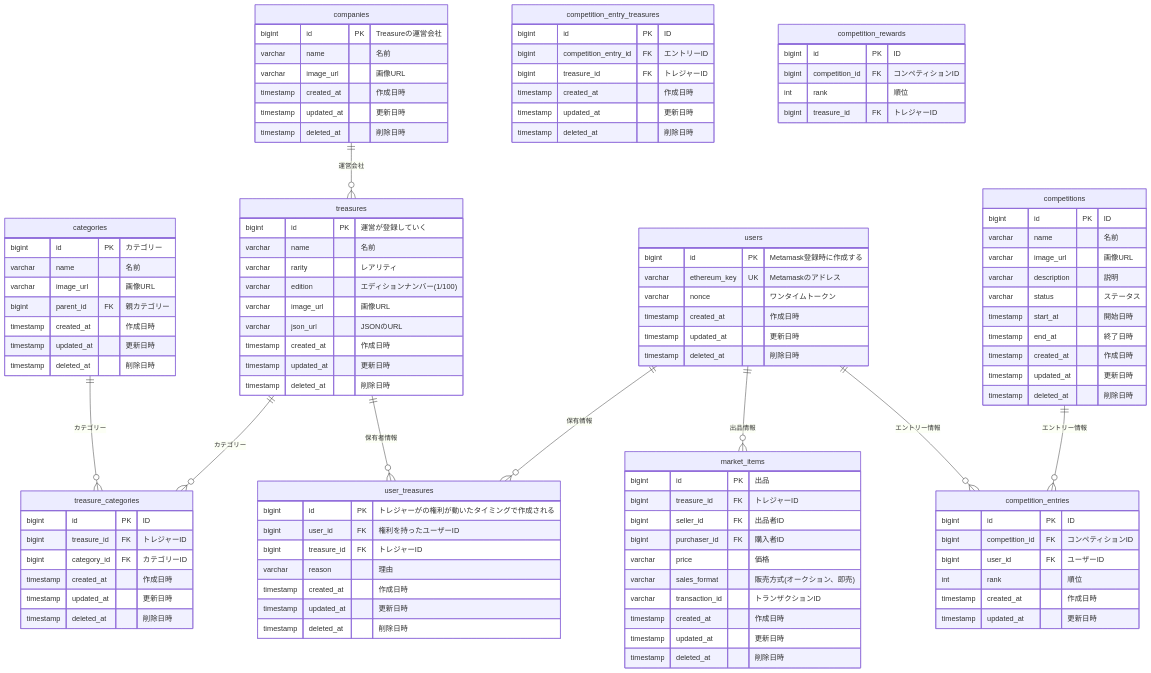
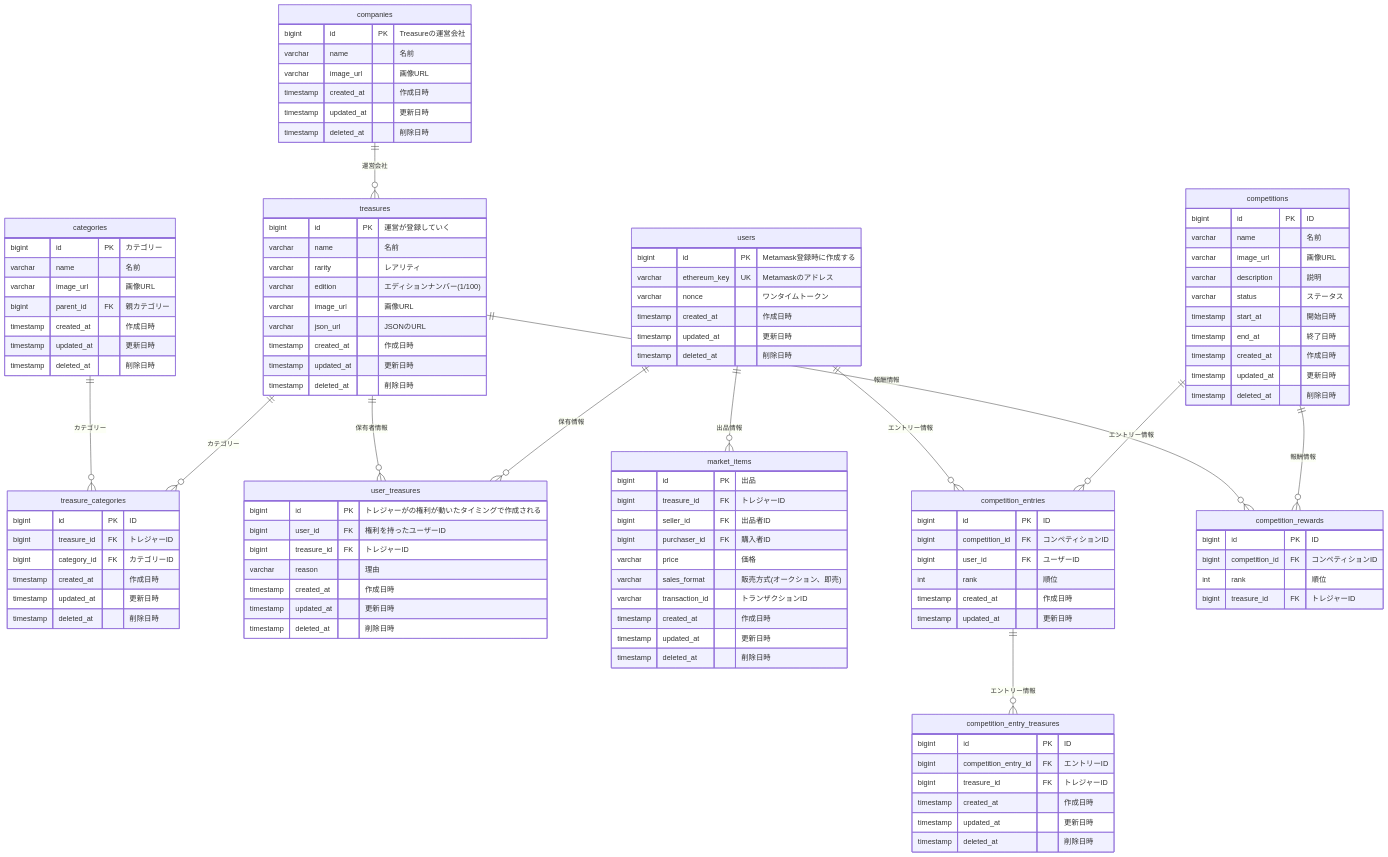
Before and after one commit to MIDORIinStealthmode/CarbonLeague_arfa: the diagram in docs/erd.md, drawn with Mermaid.

Commit message:
add relation

````diff
--- a/docs/erd.md
+++ b/docs/erd.md
@@ -123,6 +123,9 @@
         bigint treasure_id FK "トレジャーID"
     }
 
+    competitions ||--o{ competition_rewards: "報酬情報"
+    treasures ||--o{ competition_rewards: "報酬情報"
     competitions ||--o{ competition_entries: "エントリー情報"
+    competition_entries ||--o{ competition_entry_treasures: "エントリー情報"
     users ||--o{ competition_entries: "エントリー情報"
 ```
````
